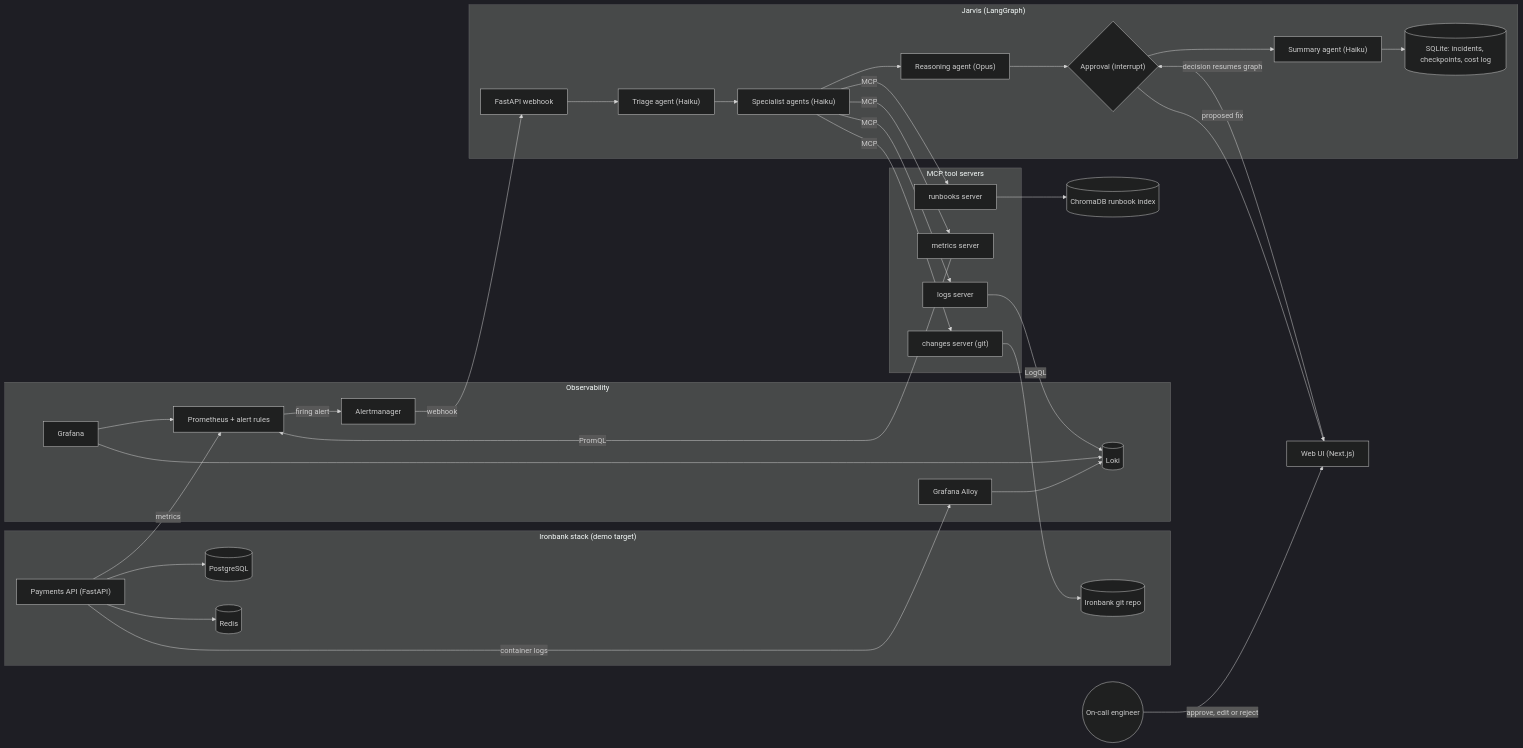
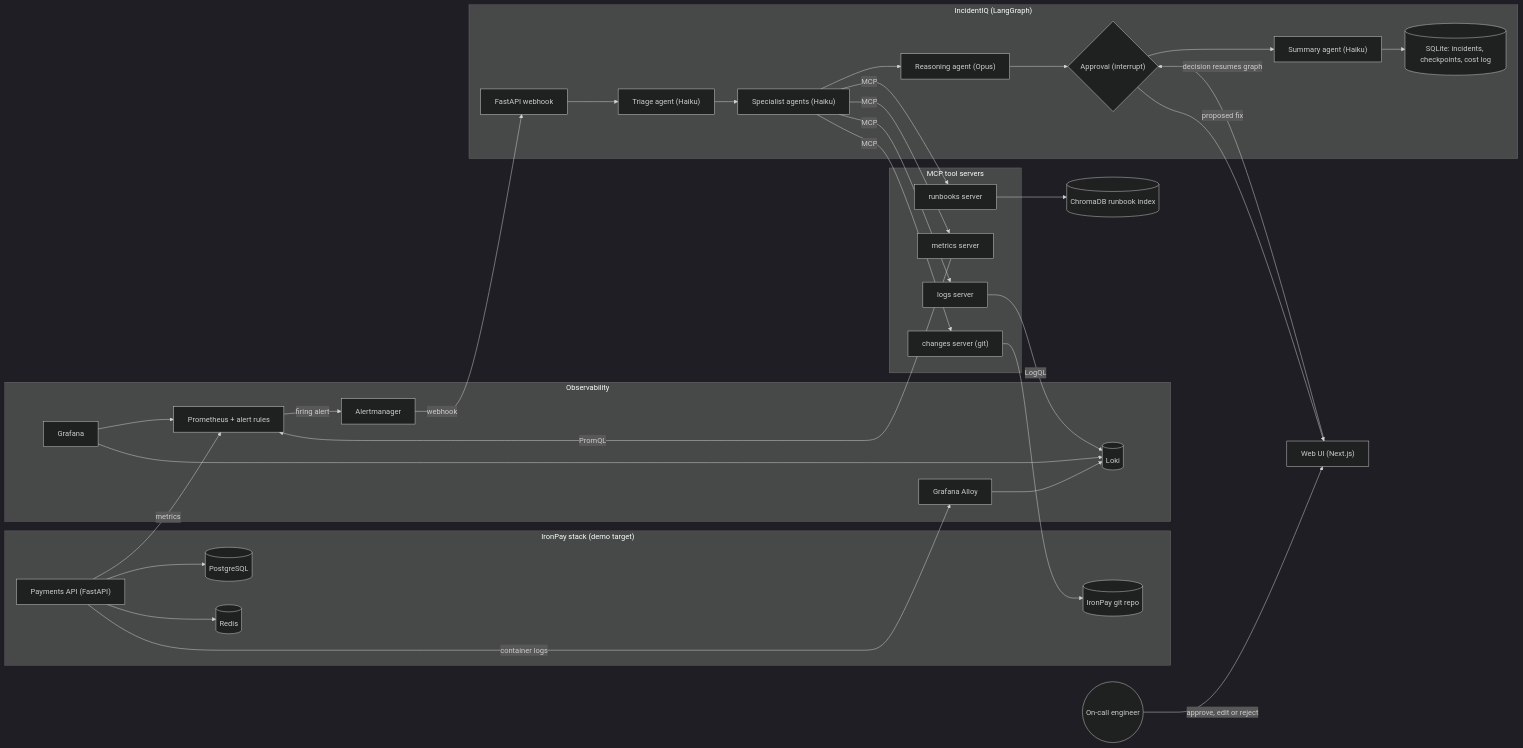
One commit to striderzz/IncidentIQ-AgentOps changed the diagram in README.md. Above: the diagram before and after it, drawn with Mermaid (dark theme). The commit also changed other lines of this file and 2 other files, not shown here.

````diff
--- a/README.md
+++ b/README.md
@@ -28,65 +28,65 @@
 ```mermaid
 flowchart LR
-    subgraph IB["Ironbank stack (demo target)"]
+    subgraph IB["IronPay stack (demo target)"]
         API["Payments API (FastAPI)"]
         PG[("PostgreSQL")]
         RD[("Redis")]
-        REPO[("Ironbank git repo")]
+        REPO[("IronPay git repo")]
     end
 
     subgraph OBS["Observability"]
         PROM["Prometheus + alert rules"]
         AM["Alertmanager"]
         ALLOY["Grafana Alloy"]
         LOKI[("Loki")]
         GRAF["Grafana"]
     end
 
     subgraph MCPS["MCP tool servers"]
         MLOG["logs server"]
         MMET["metrics server"]
         MGIT["changes server (git)"]
         MRB["runbooks server"]
     end
 
-    subgraph JV["Jarvis (LangGraph)"]
+    subgraph JV["IncidentIQ (LangGraph)"]
         HOOK["FastAPI webhook"]
         TRI["Triage agent (Haiku)"]
         SPEC["Specialist agents (Haiku)"]
         RSN["Reasoning agent (Opus)"]
         APR{"Approval (interrupt)"}
         SUM["Summary agent (Haiku)"]
         STORE[("SQLite: incidents, checkpoints, cost log")]
     end
 
     CH[("ChromaDB runbook index")]
     UI["Web UI (Next.js)"]
     ENG(("On-call engineer"))
 
     API --> PG
     API --> RD
     API -->|metrics| PROM
     API -->|container logs| ALLOY
     ALLOY --> LOKI
     GRAF --> PROM
     GRAF --> LOKI
     PROM -->|firing alert| AM
     AM -->|webhook| HOOK
     HOOK --> TRI
     TRI --> SPEC
     SPEC -->|MCP| MLOG
     SPEC -->|MCP| MMET
     SPEC -->|MCP| MGIT
     SPEC -->|MCP| MRB
     MLOG -->|LogQL| LOKI
     MMET -->|PromQL| PROM
     MGIT --> REPO
     MRB --> CH
     SPEC --> RSN
     RSN --> APR
     APR -->|proposed fix| UI
     ENG -->|"approve, edit or reject"| UI
     UI -->|decision resumes graph| APR
     APR --> SUM
     SUM --> STORE
 ```
````
